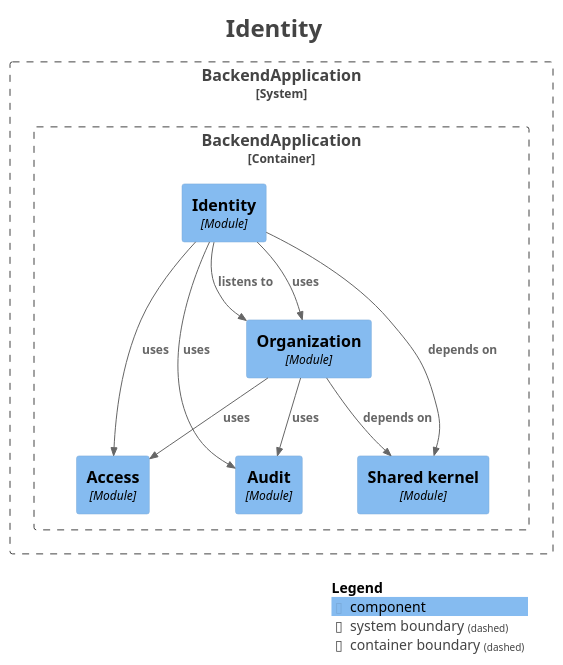
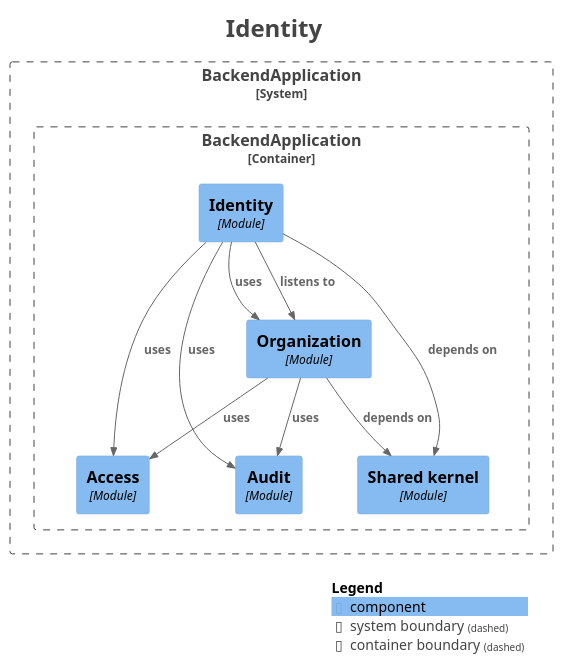
Before and after one commit to fxavier/restaurantePRO: the diagram in docs/architecture/modules/module-identity.puml, drawn with PlantUML. The commit also changed other lines of this file and 2 other files, not shown here.

Commit message:
docs: regenerate module docs after S2 merge

```diff
--- a/docs/architecture/modules/module-identity.puml
+++ b/docs/architecture/modules/module-identity.puml
@@ -1,40 +1,40 @@
 @startuml
 title <size:24>Identity</size>
 
 set separator none
 top to bottom direction
 
 <style>
   root {
     BackgroundColor: #ffffff
     FontColor: #444444
   }
 </style>
 
 !include <C4/C4>
 !include <C4/C4_Context>
 !include <C4/C4_Component>
 
 System_Boundary("BackendApplication_boundary", "BackendApplication", $tags="") {
   Container_Boundary("BackendApplication.BackendApplication_boundary", "BackendApplication", $tags="") {
+    Component(BackendApplication.BackendApplication.Identity, "Identity", $techn="Module", $descr="", $tags="", $link="")
     Component(BackendApplication.BackendApplication.Access, "Access", $techn="Module", $descr="", $tags="", $link="")
     Component(BackendApplication.BackendApplication.Audit, "Audit", $techn="Module", $descr="", $tags="", $link="")
     Component(BackendApplication.BackendApplication.Sharedkernel, "Shared kernel", $techn="Module", $descr="", $tags="", $link="")
     Component(BackendApplication.BackendApplication.Organization, "Organization", $techn="Module", $descr="", $tags="", $link="")
-    Component(BackendApplication.BackendApplication.Identity, "Identity", $techn="Module", $descr="", $tags="", $link="")
   }
 
 }
 
+Rel(BackendApplication.BackendApplication.Organization, BackendApplication.BackendApplication.Sharedkernel, "depends on", $techn="", $tags="", $link="")
+Rel(BackendApplication.BackendApplication.Organization, BackendApplication.BackendApplication.Audit, "uses", $techn="", $tags="", $link="")
+Rel(BackendApplication.BackendApplication.Organization, BackendApplication.BackendApplication.Access, "uses", $techn="", $tags="", $link="")
+Rel(BackendApplication.BackendApplication.Identity, BackendApplication.BackendApplication.Organization, "listens to", $techn="", $tags="", $link="")
 Rel(BackendApplication.BackendApplication.Identity, BackendApplication.BackendApplication.Sharedkernel, "depends on", $techn="", $tags="", $link="")
 Rel(BackendApplication.BackendApplication.Identity, BackendApplication.BackendApplication.Audit, "uses", $techn="", $tags="", $link="")
 Rel(BackendApplication.BackendApplication.Identity, BackendApplication.BackendApplication.Organization, "uses", $techn="", $tags="", $link="")
 Rel(BackendApplication.BackendApplication.Identity, BackendApplication.BackendApplication.Access, "uses", $techn="", $tags="", $link="")
-Rel(BackendApplication.BackendApplication.Organization, BackendApplication.BackendApplication.Sharedkernel, "depends on", $techn="", $tags="", $link="")
-Rel(BackendApplication.BackendApplication.Organization, BackendApplication.BackendApplication.Audit, "uses", $techn="", $tags="", $link="")
-Rel(BackendApplication.BackendApplication.Organization, BackendApplication.BackendApplication.Access, "uses", $techn="", $tags="", $link="")
-Rel(BackendApplication.BackendApplication.Identity, BackendApplication.BackendApplication.Organization, "listens to", $techn="", $tags="", $link="")
 
 SHOW_LEGEND(true)
 hide stereotypes
 @enduml
```
